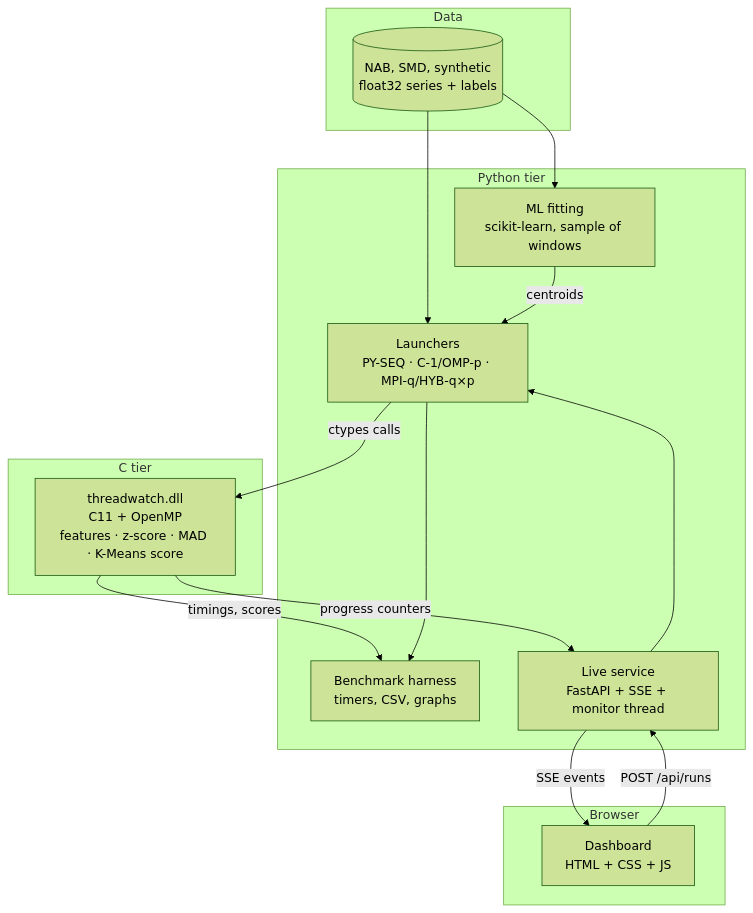
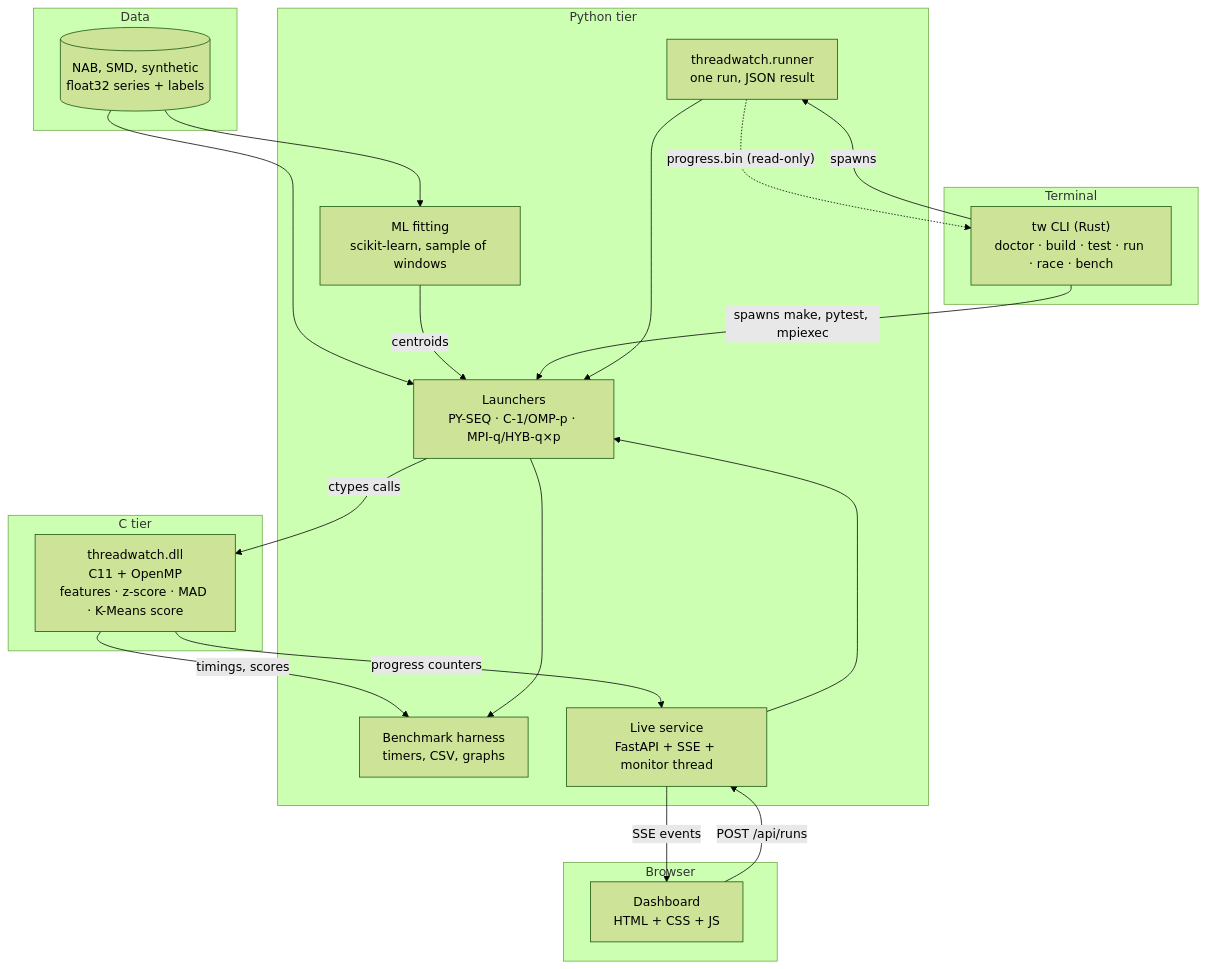
The first of 3 diagrams in docs/system-architecture.md (Bourahla-Ismail07/Threadwatch), drawn with Mermaid (forest theme) before and after one commit. The commit also changed other lines of this file and 7 other files, not shown here.

````diff
--- a/docs/system-architecture.md
+++ b/docs/system-architecture.md
@@ -9,32 +9,41 @@
 ```mermaid
 flowchart TB
   subgraph DATA["Data"]
     RAW[("NAB, SMD, synthetic<br/>float32 series + labels")]
   end
 
   subgraph PY["Python tier"]
     ML["ML fitting<br/>scikit-learn, sample of windows"]
     L["Launchers<br/>PY-SEQ · C-1/OMP-p · MPI-q/HYB-q×p"]
     BH["Benchmark harness<br/>timers, CSV, graphs"]
     SVC["Live service<br/>FastAPI + SSE + monitor thread"]
+    RN["threadwatch.runner<br/>one run, JSON result"]
   end
 
   subgraph SDK["C tier"]
     DLL["threadwatch.dll<br/>C11 + OpenMP<br/>features · z-score · MAD · K-Means score"]
+  end
+
+  subgraph TERM["Terminal"]
+    CLI["tw CLI (Rust)<br/>doctor · build · test · run · race · bench"]
   end
 
   subgraph WEB["Browser"]
     UI["Dashboard<br/>HTML + CSS + JS"]
   end
 
   RAW --> ML
   RAW --> L
   ML -->|"centroids"| L
   L -->|"ctypes calls"| DLL
   DLL -->|"timings, scores"| BH
   DLL -->|"progress counters"| SVC
   L --> BH
   SVC -->|"SSE events"| UI
   UI -->|"POST /api/runs"| SVC
   SVC --> L
+  CLI -->|"spawns"| RN
+  CLI -->|"spawns make, pytest, mpiexec"| L
+  RN --> L
+  RN -.->|"progress.bin (read-only)"| CLI
 ```
````
